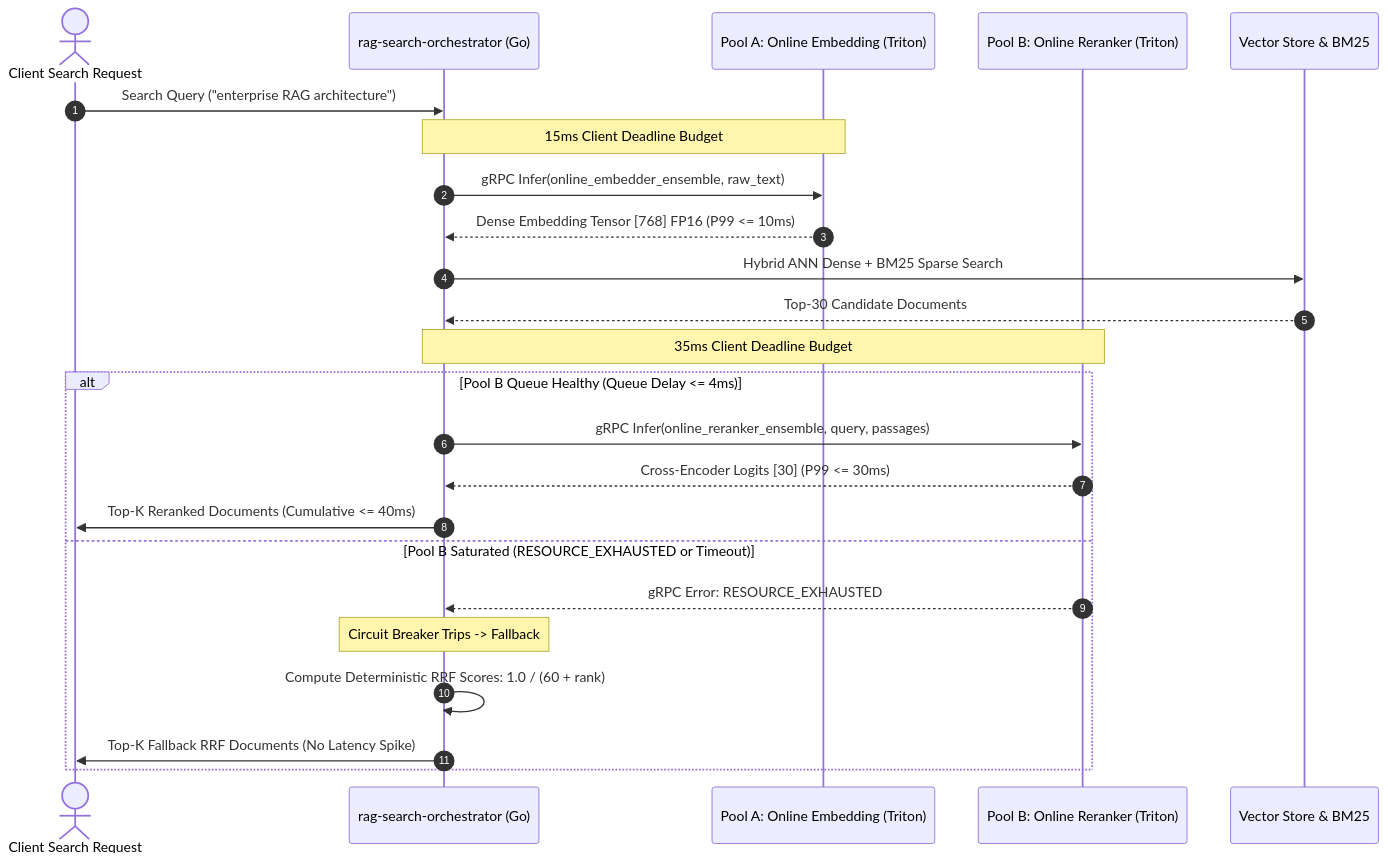
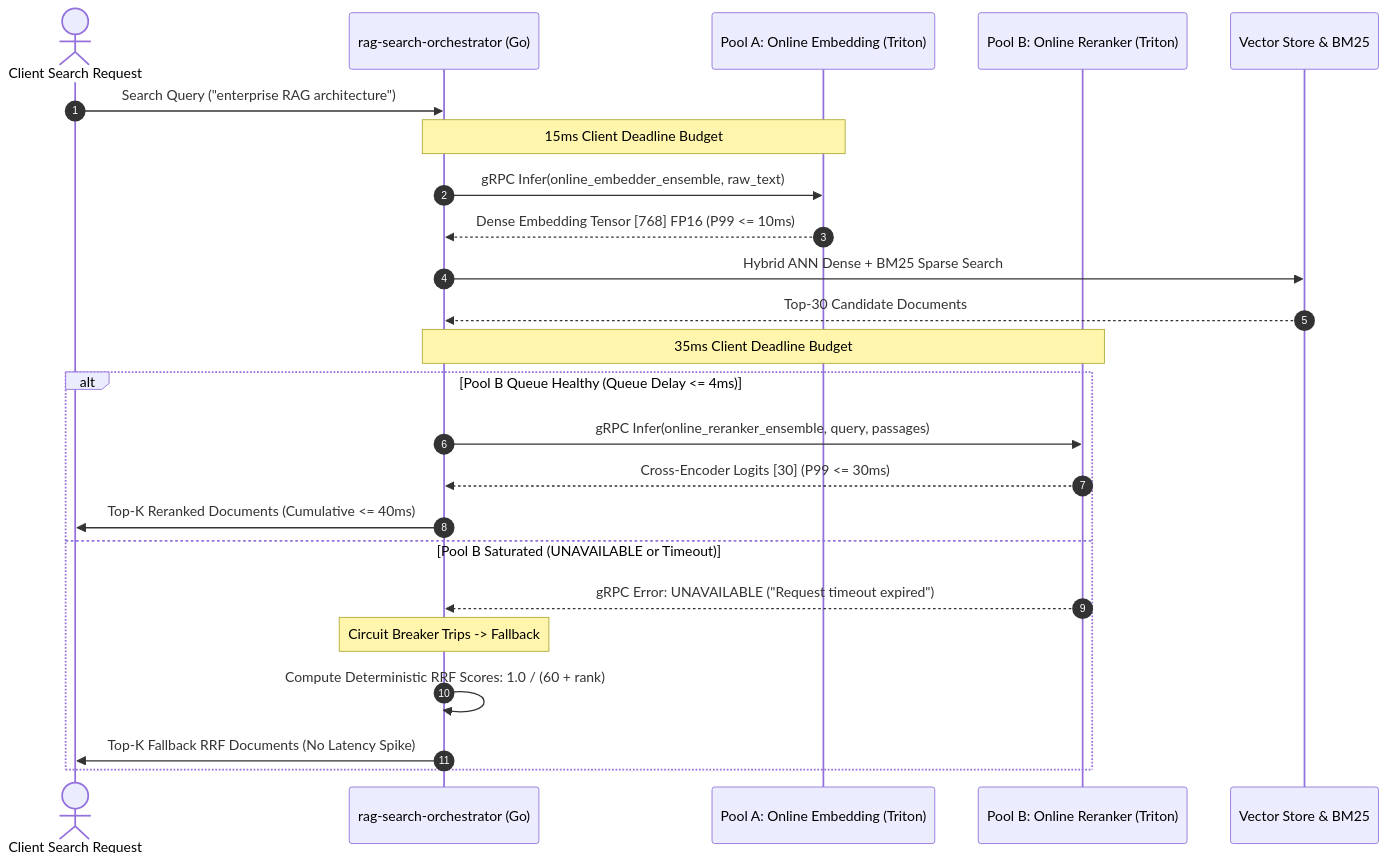
One commit to Gemejime/Embedding-Reranker-Pools changed the third of 4 diagrams in Architecture.md. Above: the diagram before and after it, drawn with Mermaid. The commit also changed other lines of this file and 4 other files, not shown here.

````diff
--- a/Architecture.md
+++ b/Architecture.md
@@ -239,29 +239,29 @@
 ```mermaid
 sequenceDiagram
     autonumber
     actor User as Client Search Request
     participant Orch as rag-search-orchestrator (Go)
     participant PoolA as Pool A: Online Embedding (Triton)
     participant PoolB as Pool B: Online Reranker (Triton)
     participant Upstream as Vector Store & BM25
 
     User->>Orch: Search Query ("enterprise RAG architecture")
     Note over Orch,PoolA: 15ms Client Deadline Budget
     Orch->>PoolA: gRPC Infer(online_embedder_ensemble, raw_text)
     PoolA-->>Orch: Dense Embedding Tensor [768] FP16 (P99 <= 10ms)
     
     Orch->>Upstream: Hybrid ANN Dense + BM25 Sparse Search
     Upstream-->>Orch: Top-30 Candidate Documents
     
     Note over Orch,PoolB: 35ms Client Deadline Budget
     alt Pool B Queue Healthy (Queue Delay <= 4ms)
         Orch->>PoolB: gRPC Infer(online_reranker_ensemble, query, passages)
         PoolB-->>Orch: Cross-Encoder Logits [30] (P99 <= 30ms)
         Orch->>User: Top-K Reranked Documents (Cumulative <= 40ms)
-    else Pool B Saturated (RESOURCE_EXHAUSTED or Timeout)
-        PoolB-->>Orch: gRPC Error: RESOURCE_EXHAUSTED
+    else Pool B Saturated (UNAVAILABLE or Timeout)
+        PoolB-->>Orch: gRPC Error: UNAVAILABLE ("Request timeout expired")
         Note over Orch: Circuit Breaker Trips -> Fallback
         Orch->>Orch: Compute Deterministic RRF Scores: 1.0 / (60 + rank)
         Orch->>User: Top-K Fallback RRF Documents (No Latency Spike)
     end
 ```
````
